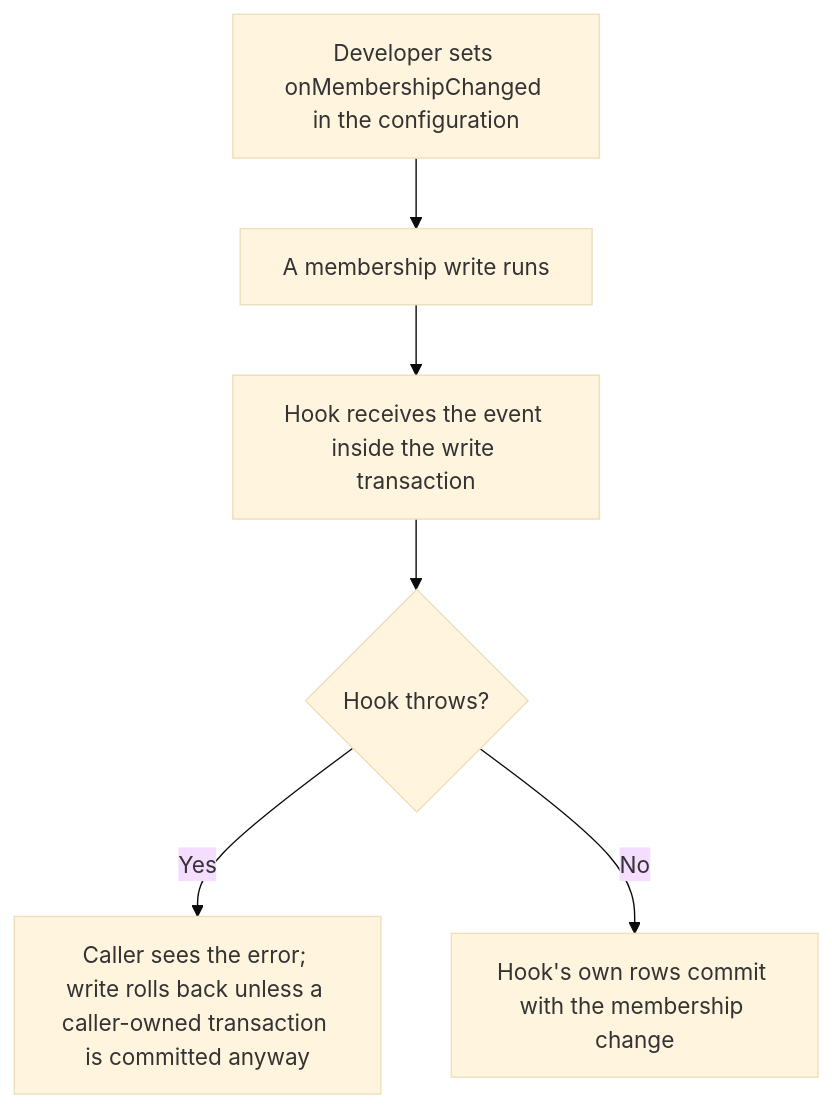
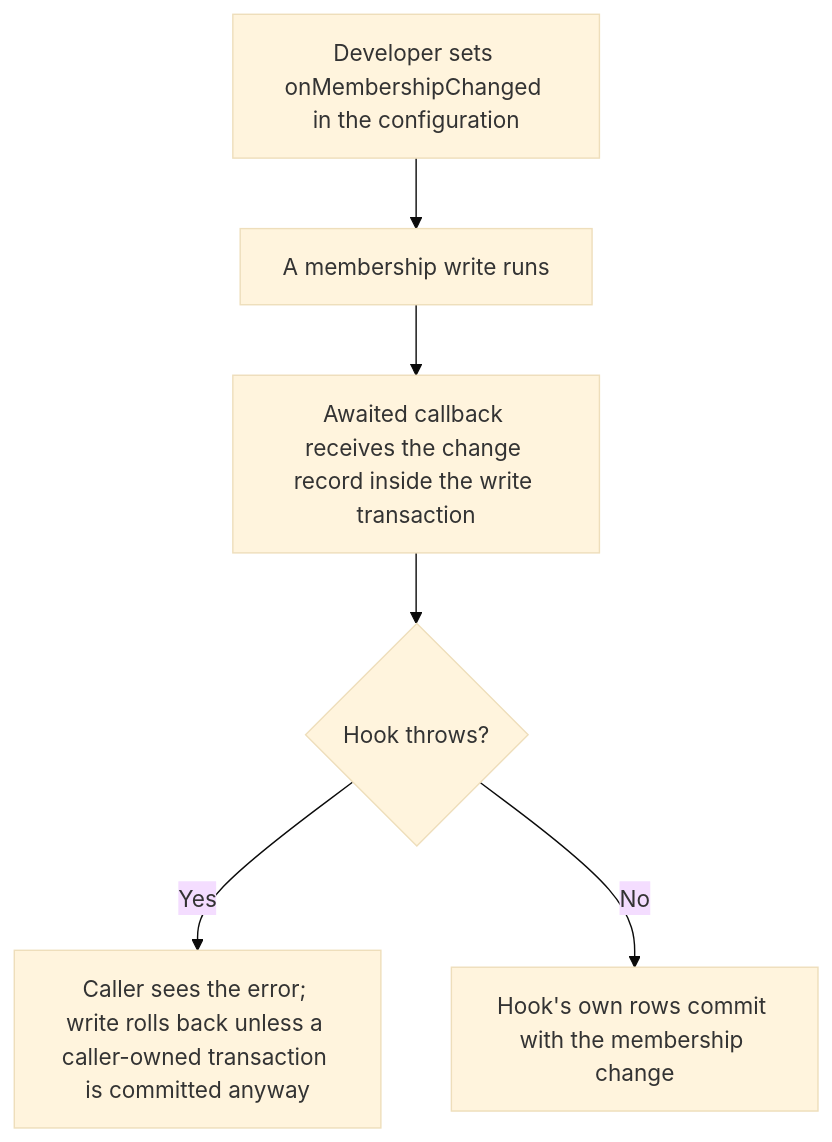
The first of 2 diagrams in user-stories/US-ACCESS-26-react-to-membership-changes.md (Kevinjohn/oss-adonisjs-access-control), drawn with Mermaid (base theme) before and after one commit. The commit also changed other lines of this file and 64 other files, not shown here.

````diff
--- a/user-stories/US-ACCESS-26-react-to-membership-changes.md
+++ b/user-stories/US-ACCESS-26-react-to-membership-changes.md
@@ -26,8 +26,8 @@
 ```mermaid
 flowchart TD
     A["Developer sets onMembershipChanged in the configuration"] --> B["A membership write runs"]
-    B --> C["Hook receives the event inside the write transaction"]
+    B --> C["Awaited callback receives the change record inside the write transaction"]
     C --> D{"Hook throws?"}
     D -->|Yes| E["Caller sees the error; write rolls back unless a caller-owned transaction is committed anyway"]
     D -->|No| F["Hook's own rows commit with the membership change"]
 ```
````
